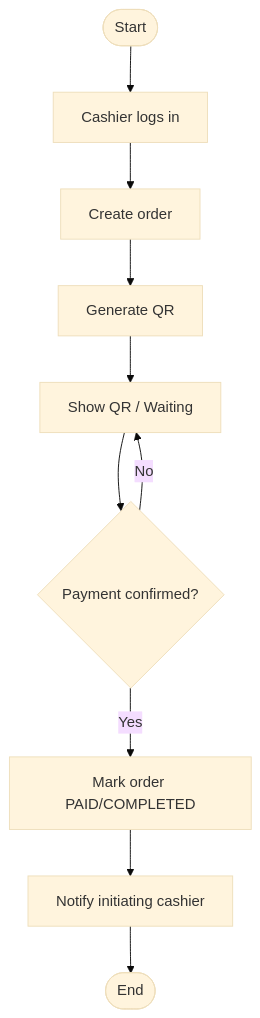
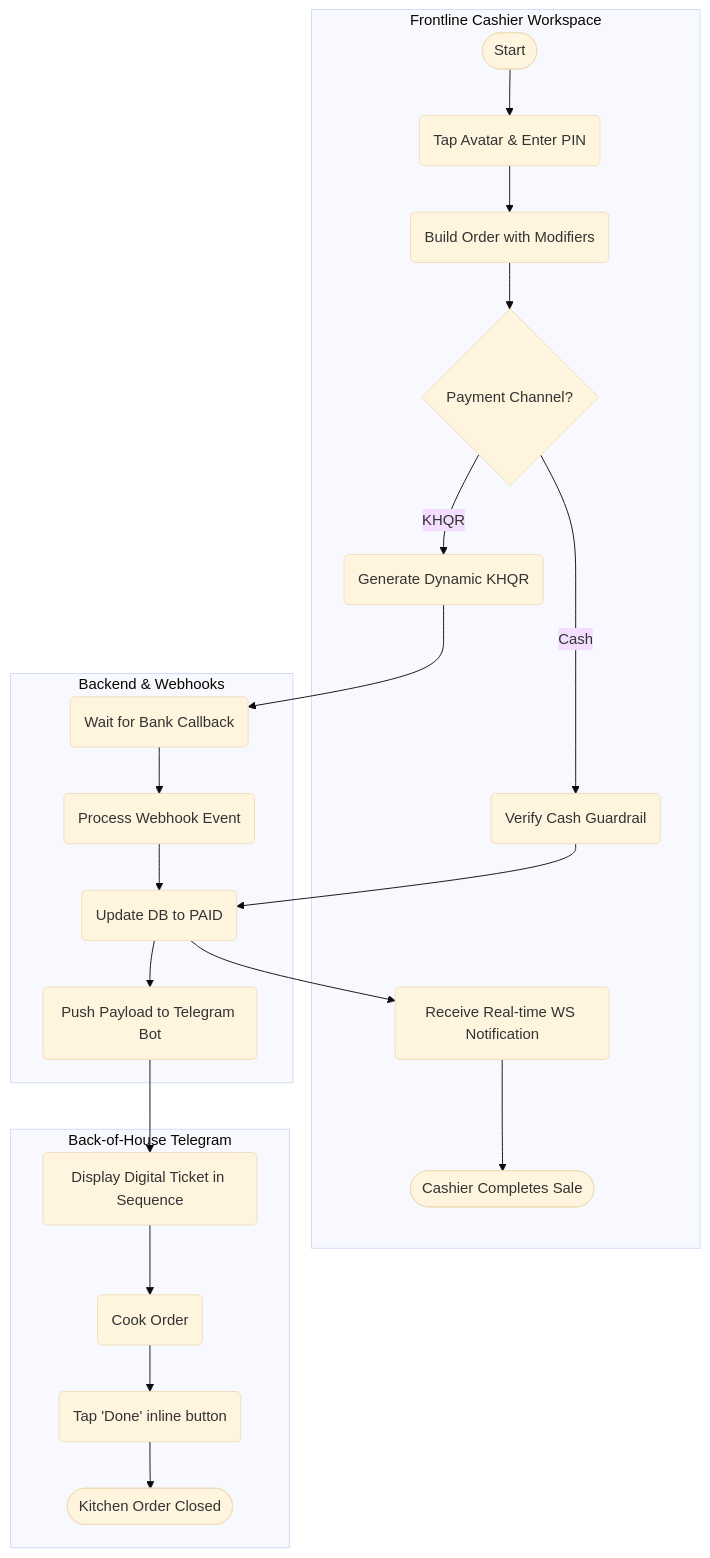
The second of 5 diagrams in context/software-engineering.md (sothyvan/TOUB_POS), drawn with Mermaid (base theme) before and after one commit. The commit also changed other lines of this file and 11 other files, not shown here.

````diff
--- a/context/software-engineering.md
+++ b/context/software-engineering.md
@@ -206,12 +222,27 @@
 ```mermaid
 flowchart TD
-  A([Start]) --> B[Cashier logs in]
-  B --> C[Create order]
-  C --> D[Generate QR]
-  D --> E[Show QR / Waiting]
-  E --> F{Payment confirmed?}
-  F -- No --> E
-  F -- Yes --> G[Mark order PAID/COMPLETED]
-  G --> H[Notify initiating cashier]
-  H --> I([End])
+  subgraph Cashier [Frontline Cashier Workspace]
+    A([Start]) --> B(Tap Avatar & Enter PIN)
+    B --> C(Build Order with Modifiers)
+    C --> D{Payment Channel?}
+    D -- Cash --> E(Verify Cash Guardrail)
+    D -- KHQR --> F(Generate Dynamic KHQR)
+    J(Receive Real-time WS Notification) --> O([Cashier Completes Sale])
+  end
+
+  subgraph System [Backend & Webhooks]
+    F --> G(Wait for Bank Callback)
+    G --> H(Process Webhook Event)
+    E --> I(Update DB to PAID)
+    H --> I
+    I --> J
+    I --> K(Push Payload to Telegram Bot)
+  end
+
+  subgraph Kitchen [Back-of-House Telegram]
+    K --> L(Display Digital Ticket in Sequence)
+    L --> M(Cook Order)
+    M --> N(Tap 'Done' inline button)
+    N --> P([Kitchen Order Closed])
+  end
 ```
````
